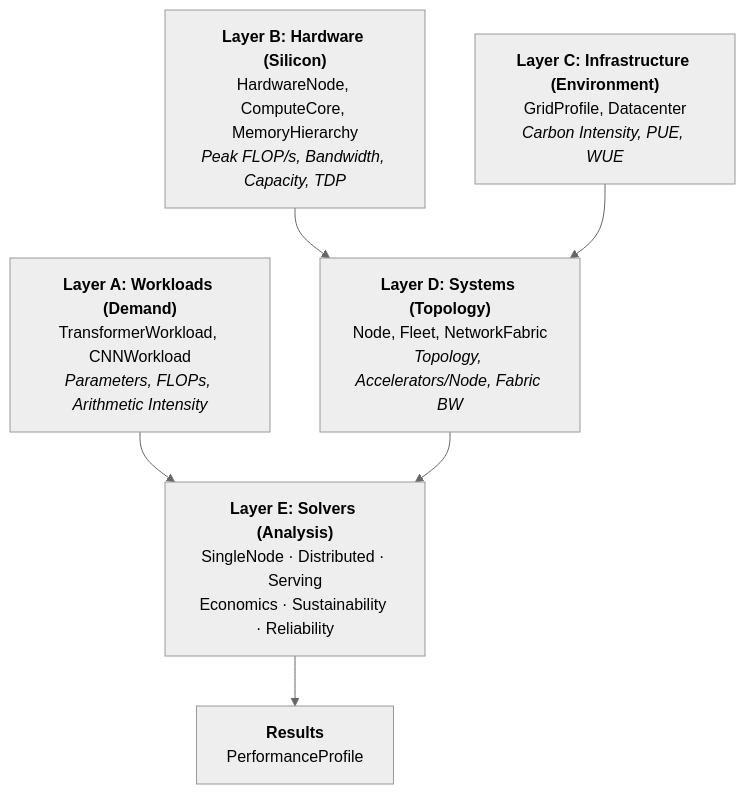
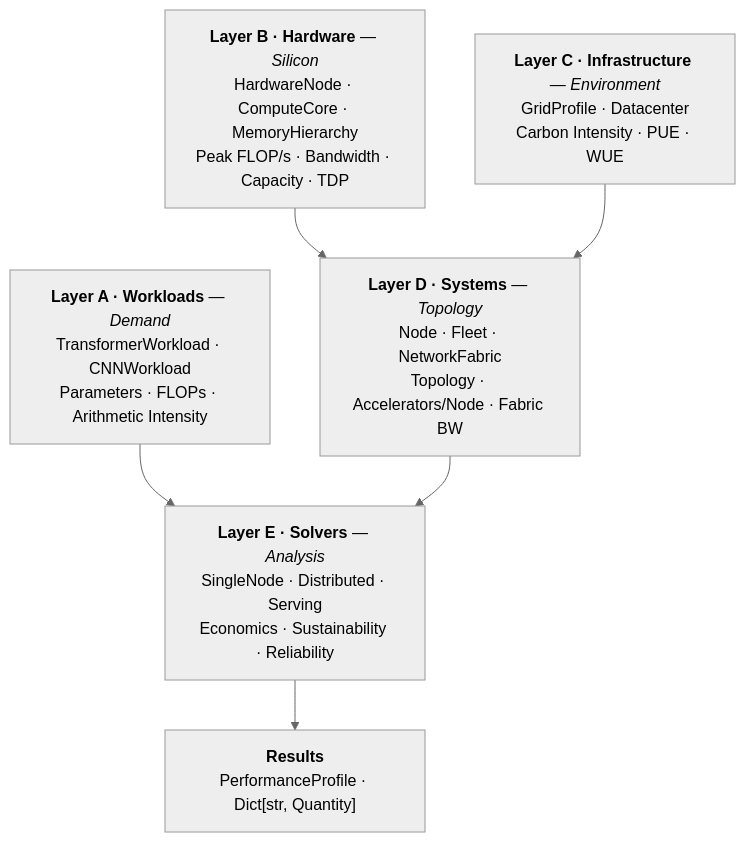
Before and after one commit to harvard-edge/cs249r_book: the diagram in mlsysim/docs/architecture.qmd, drawn with Mermaid. The commit also changed other lines of this file and 16 other files, not shown here.

First line of the commit message:
feat(mlsysim): robustify core solvers and apply rigorous math fixes

````diff
--- a/mlsysim/docs/architecture.qmd
+++ b/mlsysim/docs/architecture.qmd
@@ -11,18 +12,18 @@
 ```{mermaid}
 %%{init: {'theme': 'neutral'}}%%
 %%| fig-cap: "The MLSYSIM 5-Layer Stack. Workloads (demand) are lowered onto Hardware (supply) through Infrastructure and Systems layers. Solvers bridge demand and supply to produce analytical profiles."
 %%| fig-width: 100%
 flowchart TB
-    A["<b>Layer A: Workloads (Demand)</b><br/>TransformerWorkload, CNNWorkload<br/><i>Parameters, FLOPs, Arithmetic Intensity</i>"]
-    B["<b>Layer B: Hardware (Silicon)</b><br/>HardwareNode, ComputeCore, MemoryHierarchy<br/><i>Peak FLOP/s, Bandwidth, Capacity, TDP</i>"]
-    C["<b>Layer C: Infrastructure (Environment)</b><br/>GridProfile, Datacenter<br/><i>Carbon Intensity, PUE, WUE</i>"]
-    D["<b>Layer D: Systems (Topology)</b><br/>Node, Fleet, NetworkFabric<br/><i>Topology, Accelerators/Node, Fabric BW</i>"]
-    E["<b>Layer E: Solvers (Analysis)</b><br/>SingleNode · Distributed · Serving<br/>Economics · Sustainability · Reliability"]
-    F["<b>Results</b><br/>PerformanceProfile"]
+    A["<b>Layer A · Workloads</b> — <i>Demand</i><br/>TransformerWorkload · CNNWorkload<br/>Parameters · FLOPs · Arithmetic Intensity"]
+    B["<b>Layer B · Hardware</b> — <i>Silicon</i><br/>HardwareNode · ComputeCore · MemoryHierarchy<br/>Peak FLOP/s · Bandwidth · Capacity · TDP"]
+    C["<b>Layer C · Infrastructure</b> — <i>Environment</i><br/>GridProfile · Datacenter<br/>Carbon Intensity · PUE · WUE"]
+    D["<b>Layer D · Systems</b> — <i>Topology</i><br/>Node · Fleet · NetworkFabric<br/>Topology · Accelerators/Node · Fabric BW"]
+    E["<b>Layer E · Solvers</b> — <i>Analysis</i><br/>SingleNode · Distributed · Serving<br/>Economics · Sustainability · Reliability"]
+    F["<b>Results</b><br/>PerformanceProfile · Dict[str, Quantity]"]
 
     A --> E
     B --> D
     C --> D
     D --> E
     E --> F
 ```
````
